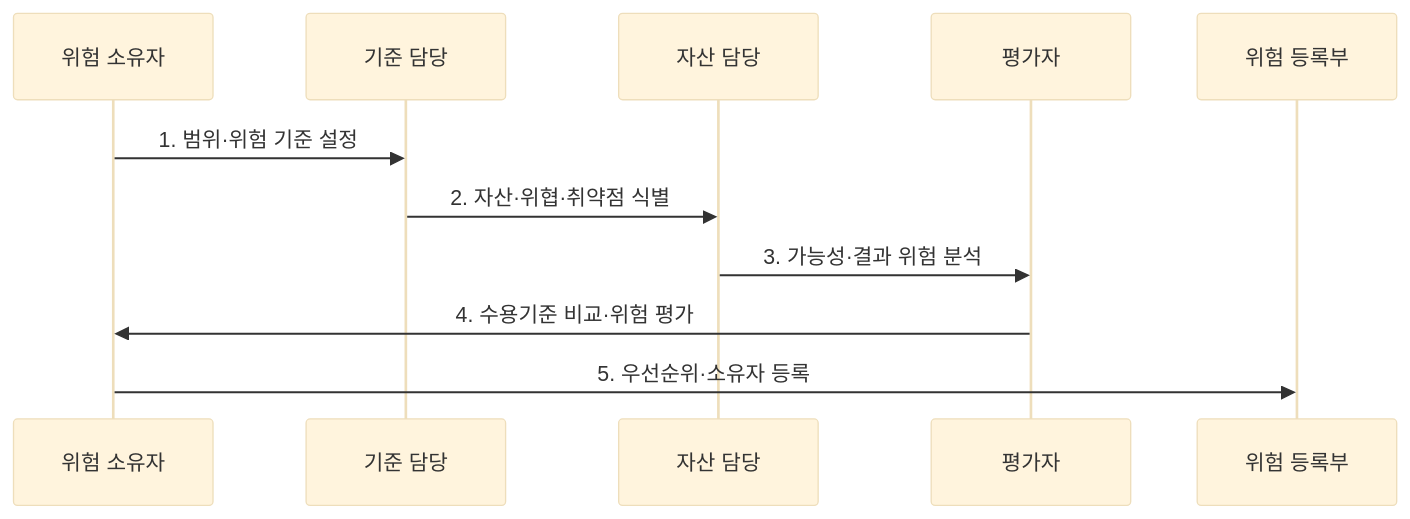
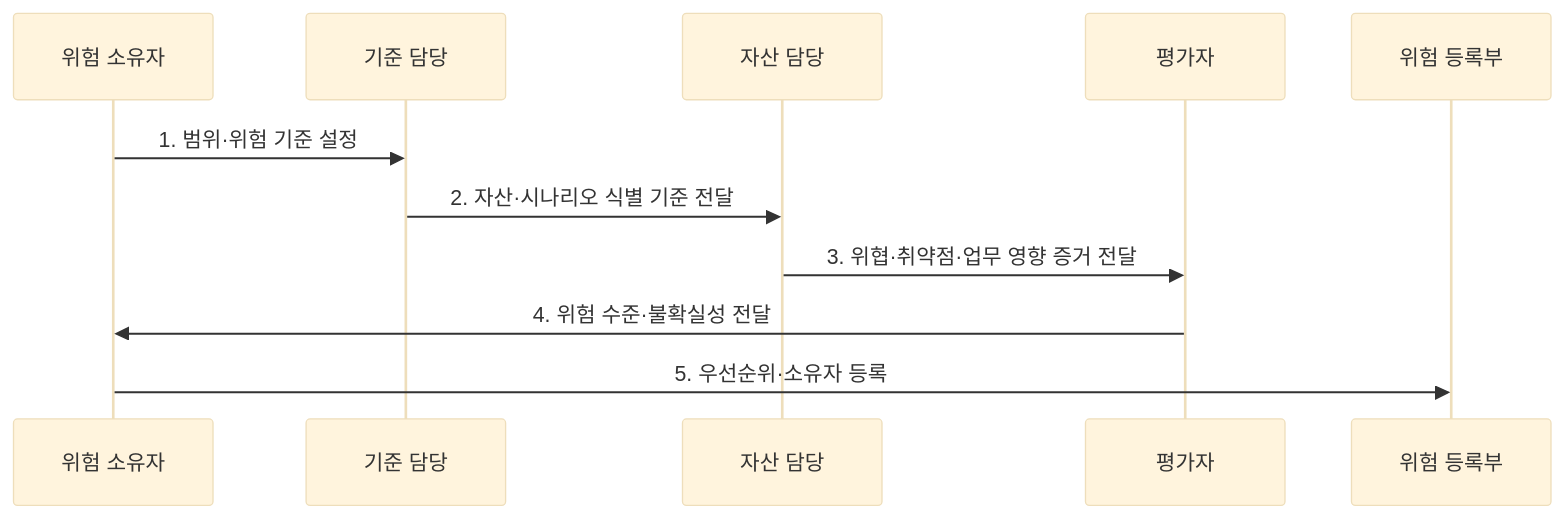
One commit to agnusdei1207/knowledge-base changed the second of 2 diagrams in src/content/docs/notes/05-security/108_information_security_risk_assessment.md. Above: the diagram before and after it, drawn with Mermaid (base theme). The commit also changed other lines of this file and 20 other files, not shown here.

````diff
--- a/src/content/docs/notes/05-security/108_information_security_risk_assessment.md
+++ b/src/content/docs/notes/05-security/108_information_security_risk_assessment.md
@@ -81,13 +81,13 @@
 ```mermaid
 sequenceDiagram
   participant O as 위험 소유자
   participant C as 기준 담당
   participant A as 자산 담당
   participant E as 평가자
   participant R as 위험 등록부
   O->>C: 1. 범위·위험 기준 설정
-  C->>A: 2. 자산·위협·취약점 식별
-  A->>E: 3. 가능성·결과 위험 분석
-  E->>O: 4. 수용기준 비교·위험 평가
+  C->>A: 2. 자산·시나리오 식별 기준 전달
+  A->>E: 3. 위협·취약점·업무 영향 증거 전달
+  E->>O: 4. 위험 수준·불확실성 전달
   O->>R: 5. 우선순위·소유자 등록
 ```
````
